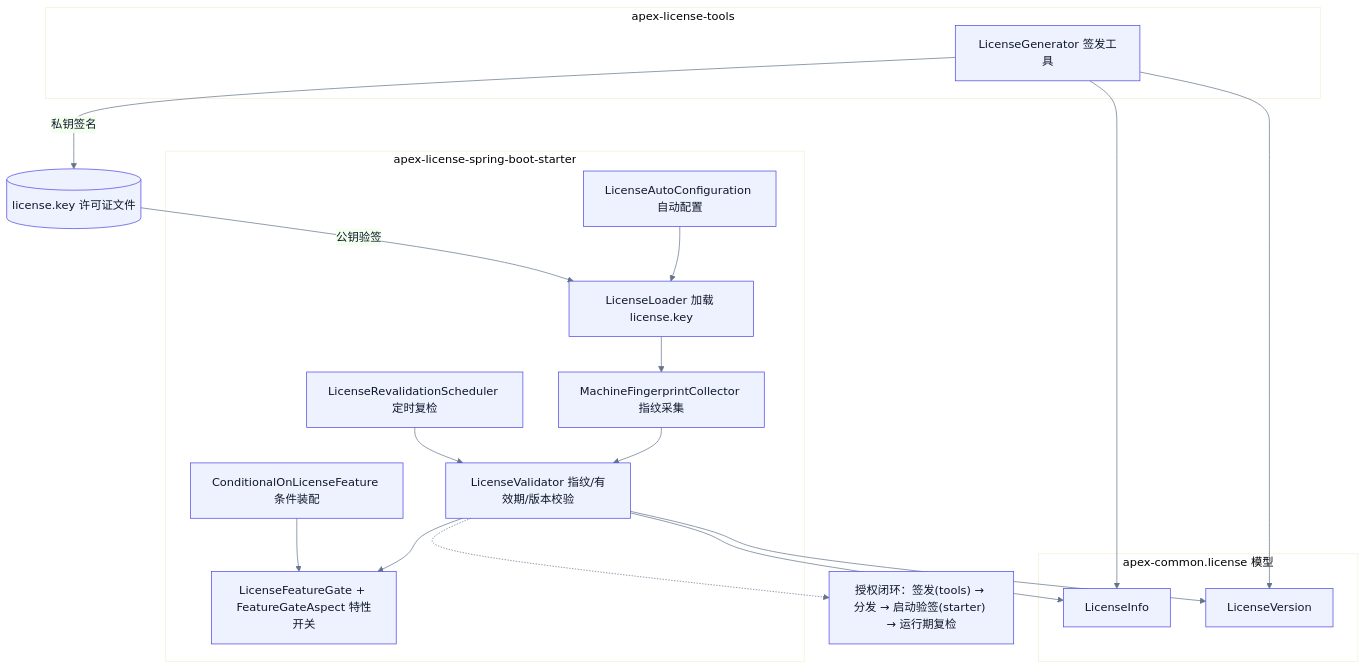
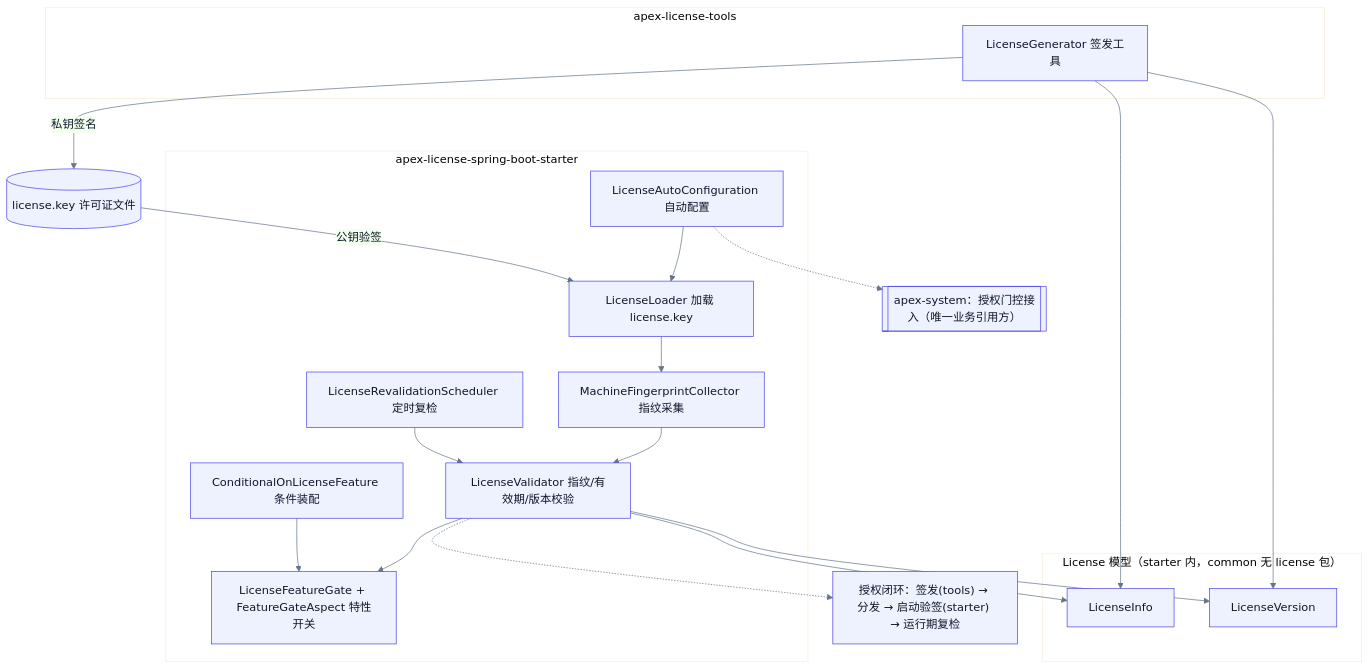
One commit to apex-cloud-service/apex-scaffold changed the diagram in docs/diagrams/98_module_license_structure.mmd. Above: the diagram before and after it, drawn with Mermaid. The commit also changed 69 other files, not shown here.

First line of the commit message:
fix(deploy): 修正 Compose 启动配置并同步架构图表与项目记录

```diff
--- a/docs/diagrams/98_module_license_structure.mmd
+++ b/docs/diagrams/98_module_license_structure.mmd
@@ -1,33 +1,36 @@
 %%{init: {'theme':'base', 'themeVariables': {'primaryColor':'#eef2ff','primaryTextColor':'#0f172a','primaryBorderColor':'#4f46e5','lineColor':'#64748b','fontFamily':'sans-serif'}}}%%
 flowchart TB
   subgraph Starter["apex-license-spring-boot-starter"]
     A1[LicenseAutoConfiguration 自动配置]
     A2[LicenseLoader 加载 license.key]
     A3[MachineFingerprintCollector 指纹采集]
     A4[LicenseValidator 指纹/有效期/版本校验]
     A5[LicenseFeatureGate + FeatureGateAspect 特性开关]
     A6[LicenseRevalidationScheduler 定时复检]
     A7[ConditionalOnLicenseFeature 条件装配]
     A1 --> A2 --> A3 --> A4 --> A5
     A6 --> A4
     A7 --> A5
   end
 
   subgraph Tools["apex-license-tools"]
     T1[LicenseGenerator 签发工具]
   end
 
-  subgraph Model["apex-common.license 模型"]
+  subgraph Model["License 模型（starter 内，common 无 license 包）"]
     M1[LicenseInfo]
     M2[LicenseVersion]
   end
 
   T1 -- "私钥签名" --> LIC[(license.key 许可证文件)]
   LIC -- "公钥验签" --> A2
+
+  REF[["apex-system：授权门控接入（唯一业务引用方）"]]
+  A1 -.-> REF
   T1 --> M1
   A4 --> M1
   T1 --> M2
   A4 --> M2
 
   NOTE["授权闭环：签发(tools) → 分发 → 启动验签(starter) → 运行期复检"]
   A4 -.-> NOTE
```
